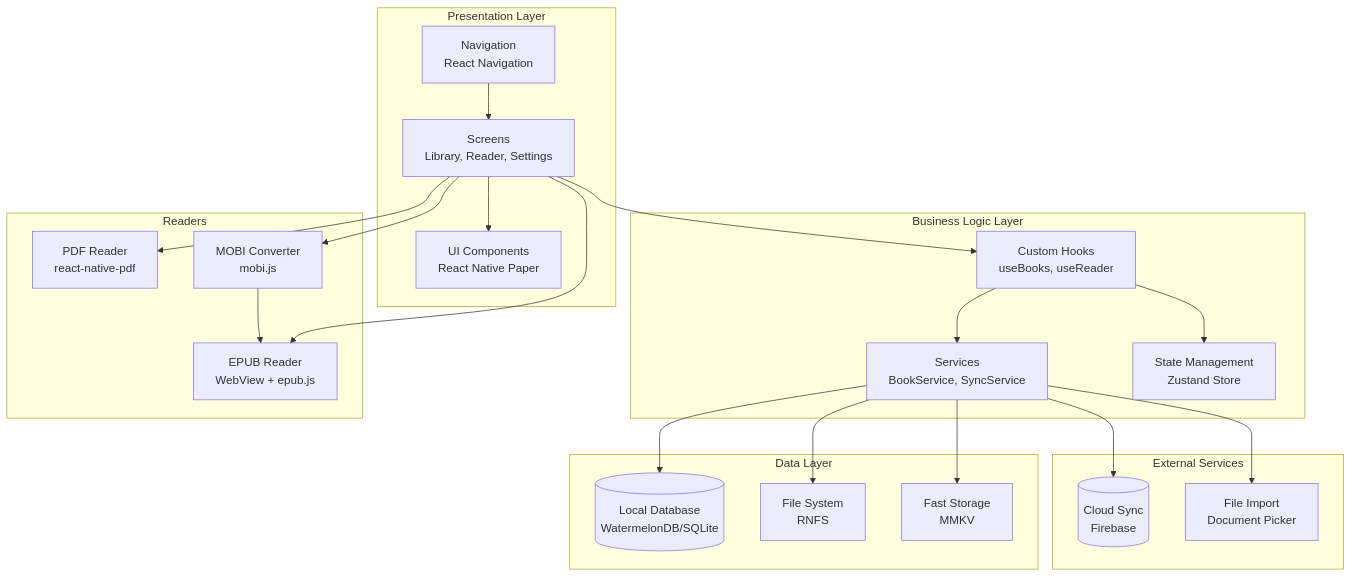
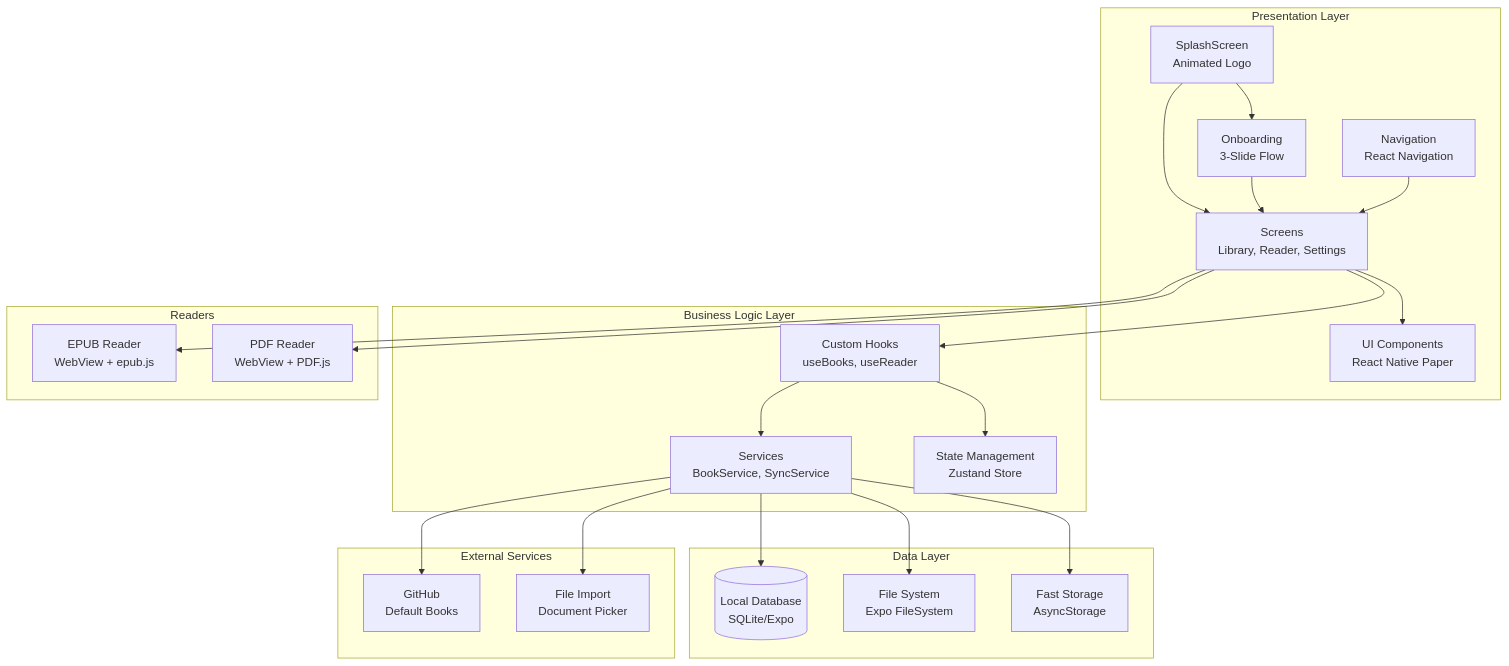
One commit to fadlanzunima/epub-app changed the second of 7 diagrams in plans/SYSTEM_DIAGRAM.md. Above: the diagram before and after it, drawn with Mermaid. The commit also changed other lines of this file and 1 other file, not shown here.

Commit message:
docs: update plan documents with onboarding implementation and checklists

````diff
--- a/plans/SYSTEM_DIAGRAM.md
+++ b/plans/SYSTEM_DIAGRAM.md
@@ -5,46 +34,48 @@
 ```mermaid
 flowchart TB
     subgraph "Presentation Layer"
+        SPLASH[SplashScreen<br/>Animated Logo]
+        ONBOARD[Onboarding<br/>3-Slide Flow]
         UI[UI Components<br/>React Native Paper]
         SCREENS[Screens<br/>Library, Reader, Settings]
         NAV[Navigation<br/>React Navigation]
     end
 
     subgraph "Business Logic Layer"
         HOOKS[Custom Hooks<br/>useBooks, useReader]
         SERVICES[Services<br/>BookService, SyncService]
         STATE[State Management<br/>Zustand Store]
     end
 
     subgraph "Data Layer"
-        DB[(Local Database<br/>WatermelonDB/SQLite)]
-        FILESYS[File System<br/>RNFS]
-        CACHE[Fast Storage<br/>MMKV]
+        DB[(Local Database<br/>SQLite/Expo)]
+        FILESYS[File System<br/>Expo FileSystem]
+        CACHE[Fast Storage<br/>AsyncStorage]
     end
 
     subgraph "External Services"
-        CLOUD[(Cloud Sync<br/>Firebase)]
+        GITHUB[GitHub<br/>Default Books]
         IMPORT[File Import<br/>Document Picker]
     end
 
     subgraph "Readers"
         EPUB[EPUB Reader<br/>WebView + epub.js]
-        PDF[PDF Reader<br/>react-native-pdf]
-        MOBI[MOBI Converter<br/>mobi.js]
+        PDF[PDF Reader<br/>WebView + PDF.js]
     end
 
+    SPLASH --> ONBOARD
+    SPLASH --> SCREENS
+    ONBOARD --> SCREENS
     SCREENS --> HOOKS
     SCREENS --> UI
     NAV --> SCREENS
     HOOKS --> SERVICES
     HOOKS --> STATE
     SERVICES --> DB
     SERVICES --> FILESYS
     SERVICES --> CACHE
-    SERVICES --> CLOUD
+    SERVICES --> GITHUB
     SERVICES --> IMPORT
     SCREENS --> EPUB
     SCREENS --> PDF
-    SCREENS --> MOBI
-    MOBI --> EPUB
 ```
````
